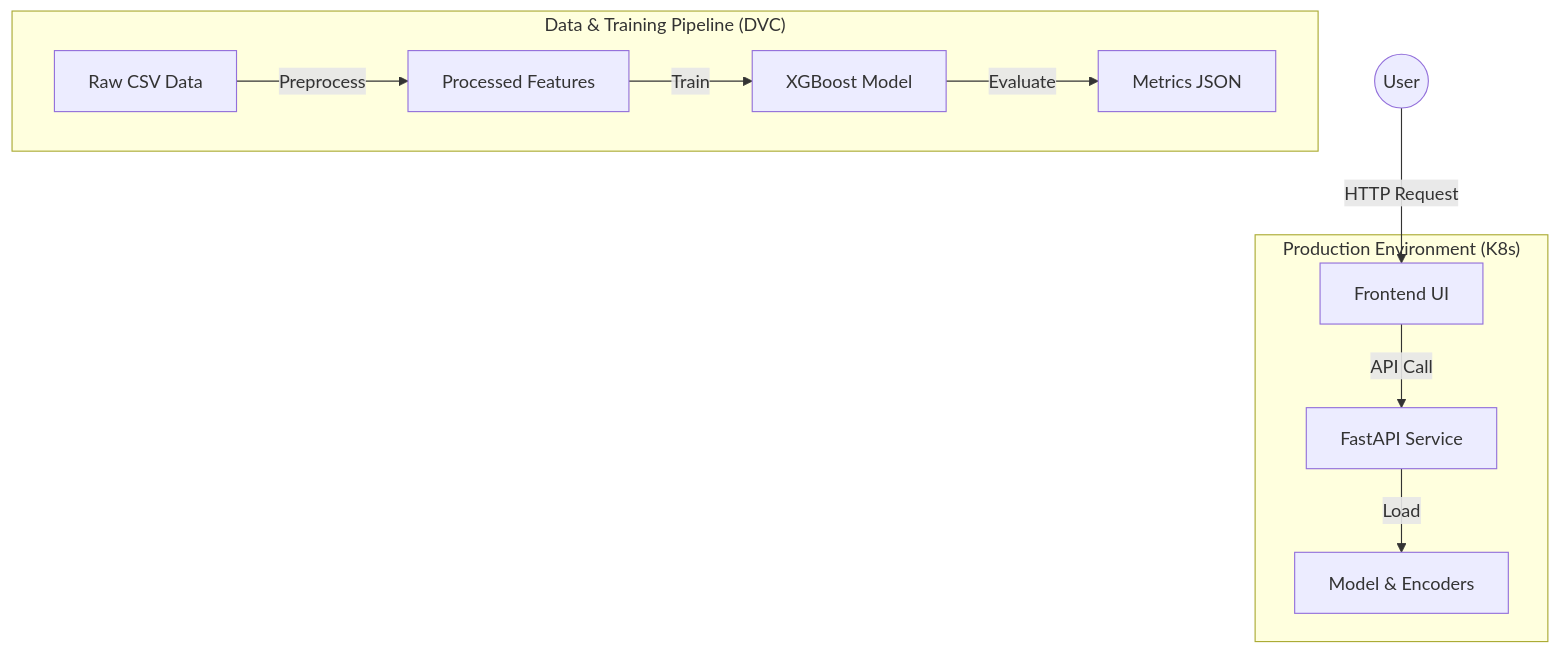
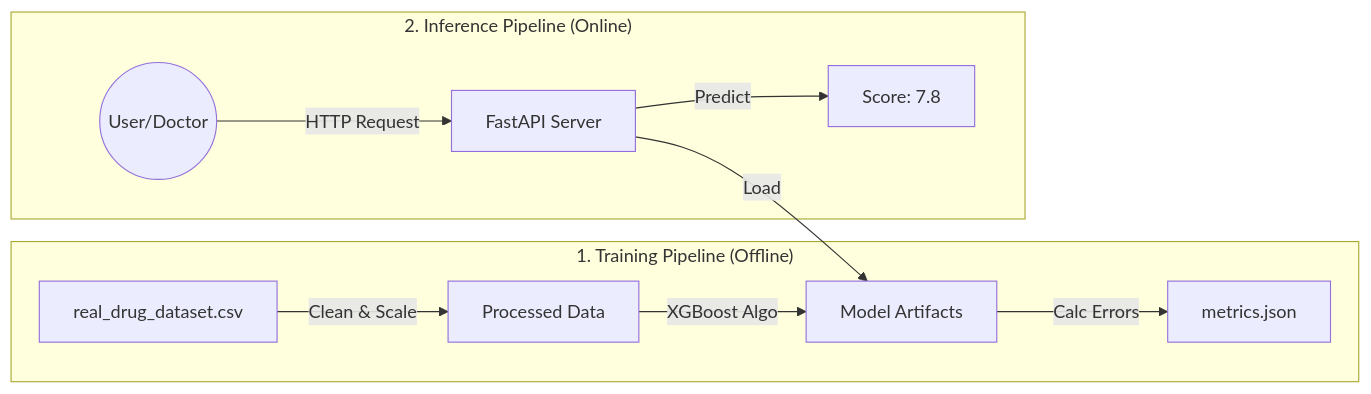
The diagram in README.md (iammohith/Patient-Treatment-Outcome-Prediction-MLOps-Project), drawn with Mermaid before and after one commit. The commit also changed other lines of this file and 1 other file, not shown here.

````diff
--- a/README.md
+++ b/README.md
@@ -37,18 +44,14 @@
 ```mermaid
-graph TD
-    subgraph "Data & Training Pipeline (DVC)"
-        Raw[Raw CSV Data] -->|Preprocess| Proc[Processed Features]
-        Proc -->|Train| Model[XGBoost Model]
-        Model -->|Evaluate| Metrics[Metrics JSON]
+graph LR
+    subgraph "1. Training Pipeline (Offline)"
+        Data[real_drug_dataset.csv] -->|Clean & Scale| Processed[Processed Data]
+        Processed -->|XGBoost Algo| Model[Model Artifacts]
+        Model -->|Calc Errors| Metrics[metrics.json]
     end
 
-    subgraph "Production Environment (K8s)"
-        API[FastAPI Service]
-        Web[Frontend UI]
-        ModelArtifacts[Model & Encoders]
+    subgraph "2. Inference Pipeline (Online)"
+        User((User/Doctor)) -->|HTTP Request| API[FastAPI Server]
+        API -->|Load| Model
+        API -->|Predict| Result[Score: 7.8]
     end
-
-    User((User)) -->|HTTP Request| Web
-    Web -->|API Call| API
-    API -->|Load| ModelArtifacts
 ```
````
